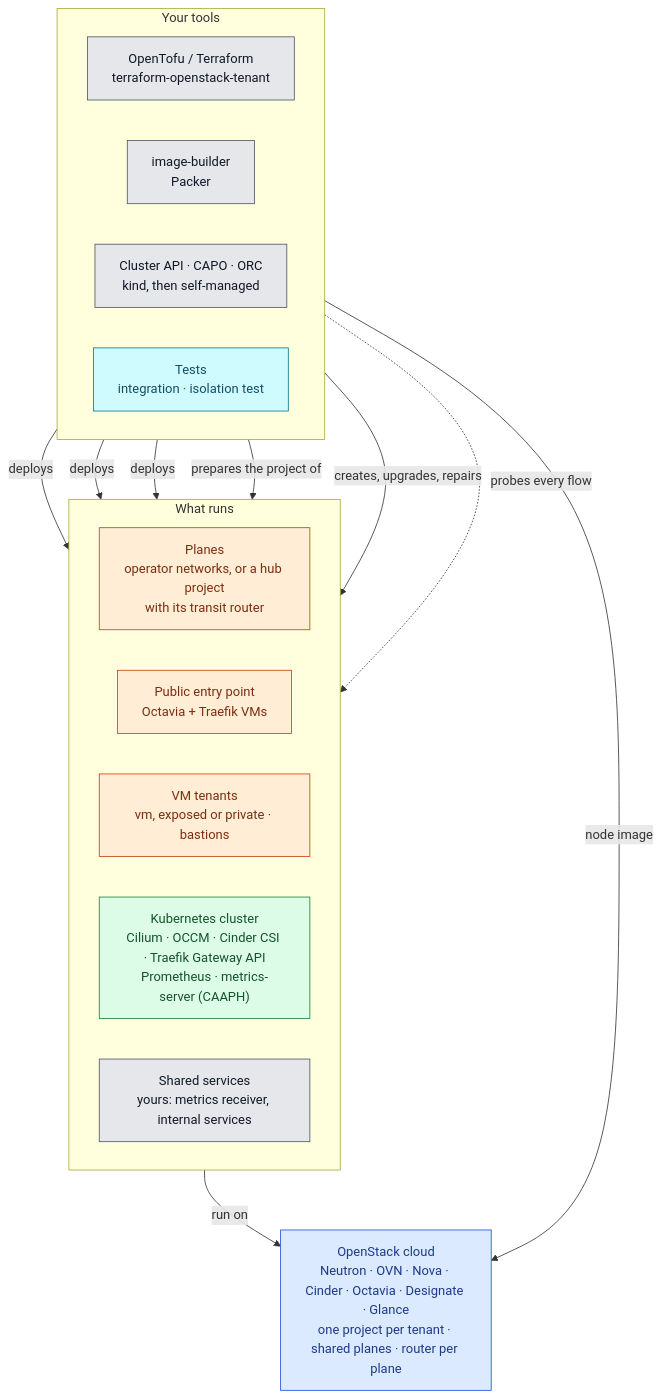
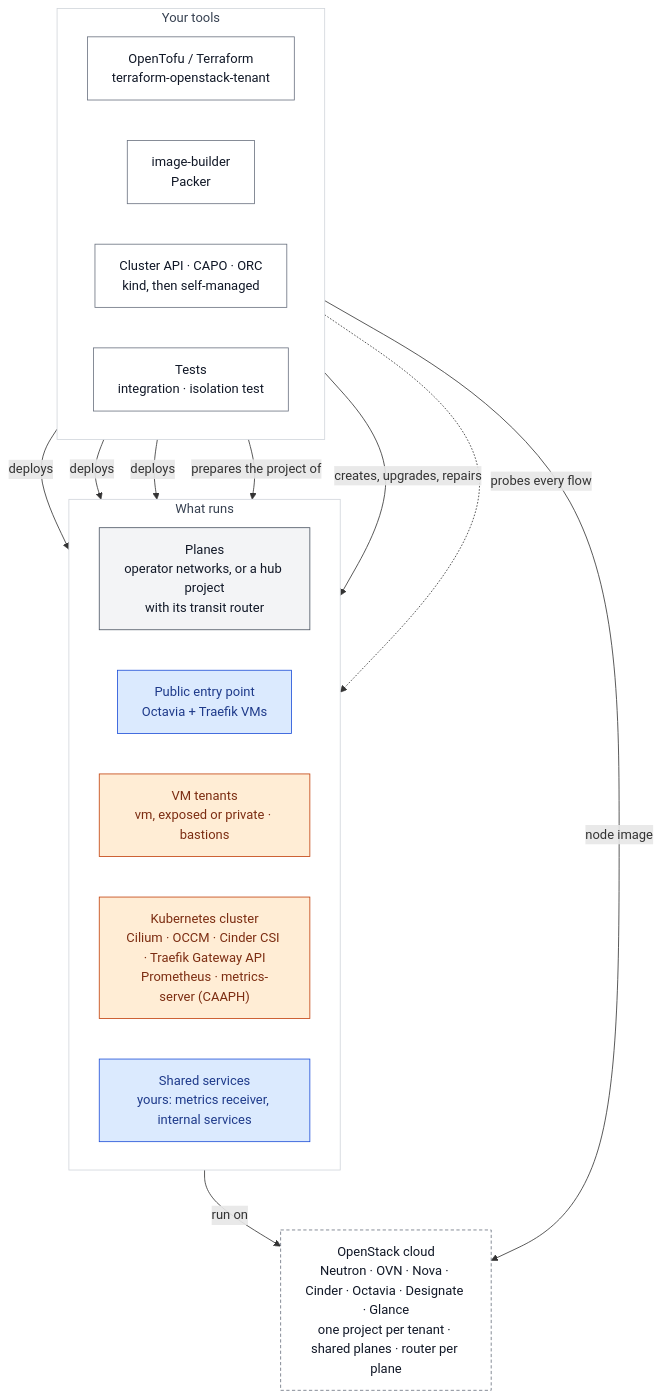
One commit to CyprisTech/openstack-multitenant-reference changed the diagram in docs/concepts/landscape.md. Above: the diagram before and after it, drawn with Mermaid. The commit also changed other lines of this file and 17 other files, not shown here.

First line of the commit message:
Diagrams: tenants by exposure, one palette by role, compact diagrams

````diff
--- a/docs/concepts/landscape.md
+++ b/docs/concepts/landscape.md
@@ -3,38 +3,39 @@
 ```mermaid
 flowchart TB
     subgraph TOOLS["Your tools"]
         direction LR
         TF["OpenTofu / Terraform<br/>terraform-openstack-tenant"]
         IB["image-builder<br/>Packer"]
         CAPI["Cluster API · CAPO · ORC<br/>kind, then self-managed"]
         TEST["Tests<br/>integration · isolation test"]
     end
     subgraph RUN["What runs"]
         direction LR
         PL["Planes<br/>operator networks, or a hub project<br/>with its transit router"]
         EDGE["Public entry point<br/>Octavia + Traefik VMs"]
         VMT["VM tenants<br/>vm, exposed or private · bastions"]
         K8S["Kubernetes cluster<br/>Cilium · OCCM · Cinder CSI · Traefik Gateway API<br/>Prometheus · metrics-server (CAAPH)"]
         SHS["Shared services<br/>yours: metrics receiver, internal services"]
     end
     CLOUD["OpenStack cloud<br/>Neutron · OVN · Nova · Cinder · Octavia · Designate · Glance<br/>one project per tenant · shared planes · router per plane"]
 
     TF -->|"deploys"| PL & EDGE & VMT
     TF -->|"prepares the project of"| K8S
     CAPI -->|"creates, upgrades, repairs"| K8S
     TEST -.->|"probes every flow"| RUN
     IB -->|"node image"| CLOUD
     RUN -->|"run on"| CLOUD
 
-    classDef tool fill:#e5e7eb,stroke:#4b5563,color:#111827
-    classDef infra fill:#dbeafe,stroke:#1d4ed8,color:#1e3a8a
-    classDef vm fill:#ffedd5,stroke:#c2410c,color:#7c2d12
-    classDef k8s fill:#dcfce7,stroke:#15803d,color:#14532d
-    classDef test fill:#cffafe,stroke:#0e7490,color:#164e63
-    class TF,IB,CAPI tool
-    class CLOUD infra
-    class PL,EDGE,VMT vm
-    class SHS tool
-    class K8S k8s
-    class TEST test
+    classDef shared fill:#dbeafe,stroke:#1d4ed8,color:#1e3a8a
+    classDef tenant fill:#ffedd5,stroke:#c2410c,color:#7c2d12
+    classDef plane fill:#f3f4f6,stroke:#4b5563,color:#111827
+    classDef other fill:#ffffff,stroke:#6b7280,color:#111827,stroke-dasharray:4 3
+    classDef outside fill:#ffffff,stroke:#6b7280,color:#111827
+    class TF,IB,CAPI,TEST outside
+    class CLOUD other
+    class PL plane
+    class EDGE,SHS shared
+    class VMT,K8S tenant
+    classDef group fill:#ffffff,stroke:#d1d5db,color:#374151
+    class TOOLS,RUN group
 ```
````
